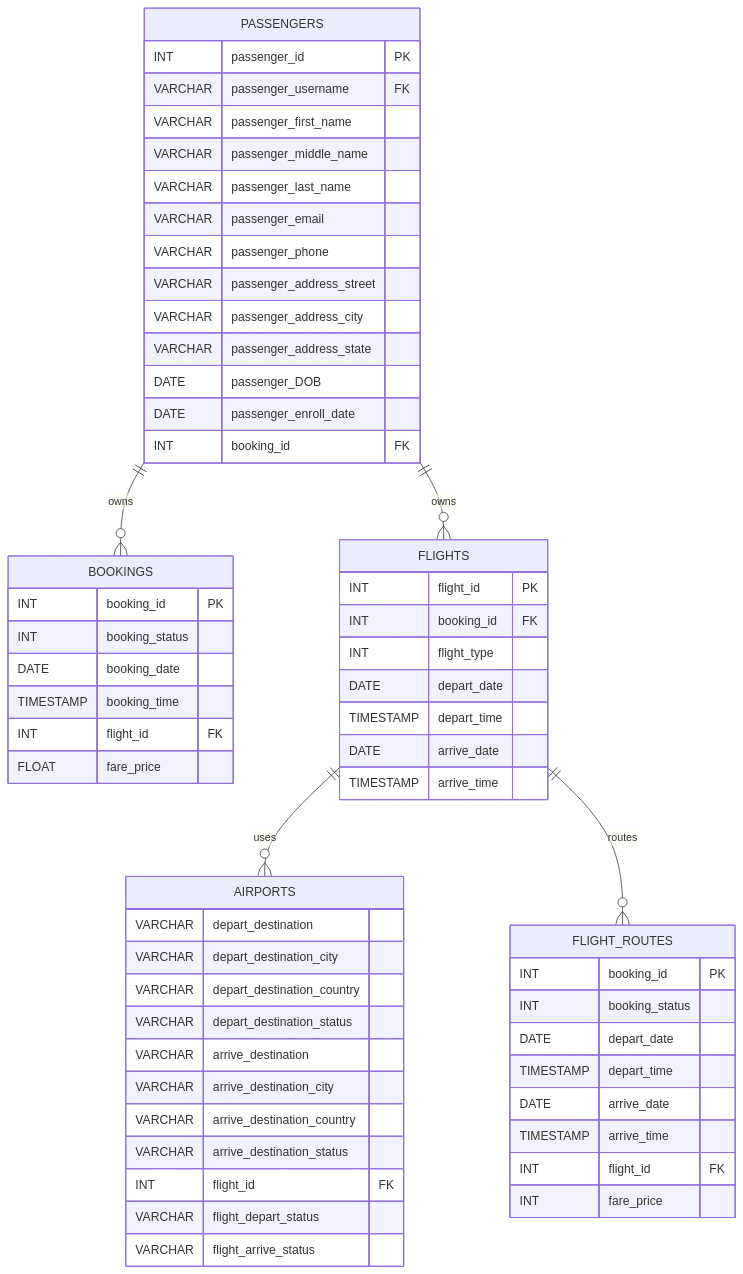
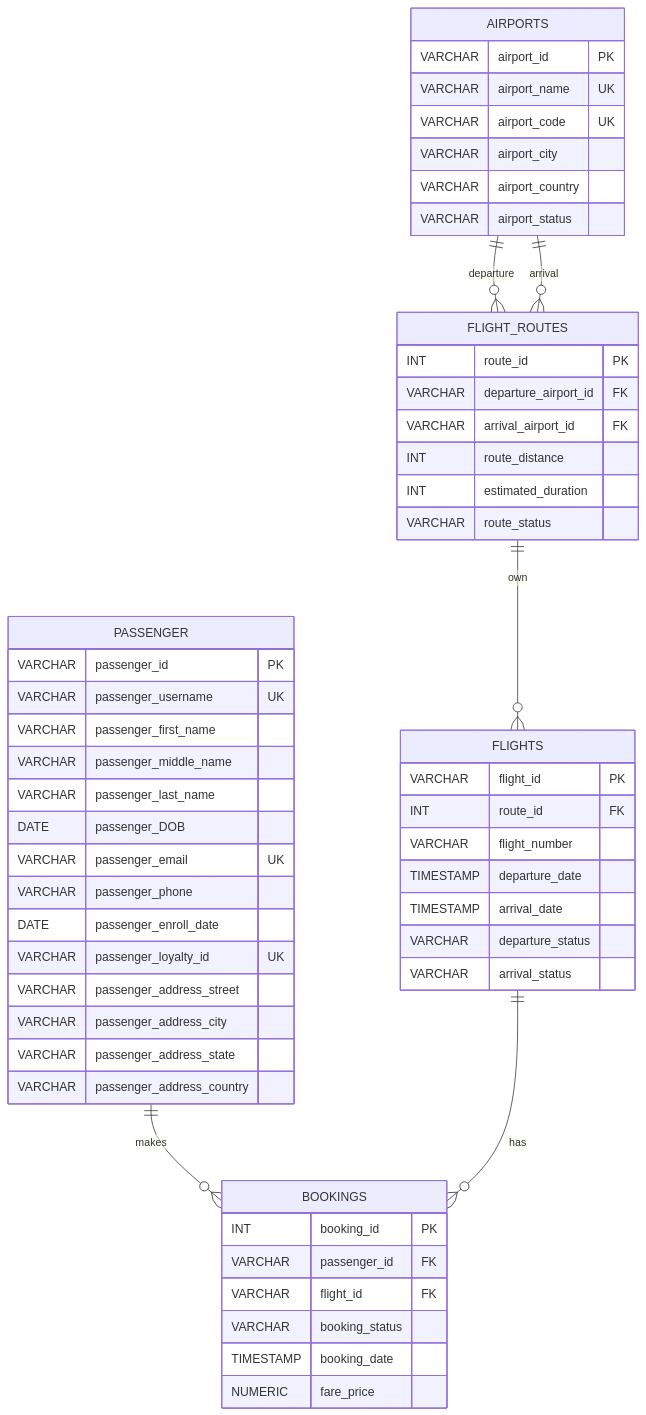
Before and after one commit to SerenaLim86/ex603-airline-booking-database: the diagram in schema/schema-definition.md, drawn with Mermaid. The commit also changed other lines of this file and 8 other files, not shown here.

````diff
--- a/schema/schema-definition.md
+++ b/schema/schema-definition.md
@@ -15,67 +17,64 @@
 ```mermaid
 erDiagram
-    PASSENGERS {
-        INT passenger_id PK
-        VARCHAR passenger_username FK
+
+    AIRPORTS {
+        VARCHAR airport_id PK
+        VARCHAR airport_name UK
+        VARCHAR airport_code UK
+        VARCHAR airport_city
+        VARCHAR airport_country
+        VARCHAR airport_status
+    }
+
+    PASSENGER {
+        VARCHAR passenger_id PK
+        VARCHAR passenger_username UK
         VARCHAR passenger_first_name
         VARCHAR passenger_middle_name
         VARCHAR passenger_last_name
-        VARCHAR passenger_email
+        DATE passenger_DOB
+        VARCHAR passenger_email UK
         VARCHAR passenger_phone
+        DATE passenger_enroll_date
+        VARCHAR passenger_loyalty_id UK
         VARCHAR passenger_address_street
         VARCHAR passenger_address_city
         VARCHAR passenger_address_state
-        DATE passenger_DOB
-        DATE passenger_enroll_date
-        INT booking_id FK
+        VARCHAR passenger_address_country
+    }
+
+    FLIGHT_ROUTES {
+        INT route_id PK
+        VARCHAR departure_airport_id FK
+        VARCHAR arrival_airport_id FK
+        INT route_distance
+        INT estimated_duration
+        VARCHAR route_status
+    }
+
+    FLIGHTS {
+        VARCHAR flight_id PK
+        INT route_id FK
+        VARCHAR flight_number
+        TIMESTAMP departure_date
+        TIMESTAMP arrival_date
+        VARCHAR departure_status
+        VARCHAR arrival_status
     }
 
     BOOKINGS {
         INT booking_id PK
-        INT booking_status
-        DATE booking_date
-        TIMESTAMP booking_time
-        INT flight_id FK
-        FLOAT fare_price
+        VARCHAR passenger_id FK
+        VARCHAR flight_id FK
+        VARCHAR booking_status
+        TIMESTAMP booking_date
+        NUMERIC fare_price
     }
 
-    FLIGHTS {
-        INT flight_id PK
-        INT booking_id FK
-        INT flight_type
-        DATE depart_date
-        TIMESTAMP depart_time
-        DATE arrive_date
-        TIMESTAMP arrive_time
-    }
+    AIRPORTS ||--o{ FLIGHT_ROUTES : "departure"
+    AIRPORTS ||--o{ FLIGHT_ROUTES : "arrival"
+    FLIGHT_ROUTES ||--o{ FLIGHTS : "own"
+    PASSENGER ||--o{ BOOKINGS : "makes"
+    FLIGHTS ||--o{ BOOKINGS : "has"
 
-    AIRPORTS {
-        VARCHAR depart_destination
-        VARCHAR depart_destination_city
-        VARCHAR depart_destination_country
-        VARCHAR depart_destination_status
-        VARCHAR arrive_destination
-        VARCHAR arrive_destination_city
-        VARCHAR arrive_destination_country
-        VARCHAR arrive_destination_status
-        INT flight_id FK
-        VARCHAR flight_depart_status
-        VARCHAR flight_arrive_status
-    }
-
-    FLIGHT_ROUTES {
-        INT booking_id PK
-        INT booking_status
-        DATE depart_date
-        TIMESTAMP depart_time
-        DATE arrive_date
-        TIMESTAMP arrive_time
-        INT flight_id FK
-        INT fare_price
-    }
-
-    PASSENGERS ||--o{ BOOKINGS : "owns"
-    PASSENGERS ||--o{ FLIGHTS : "owns"
-    FLIGHTS ||--o{ AIRPORTS : "uses"
-    FLIGHTS ||--o{ FLIGHT_ROUTES : "routes"
 ```
````
